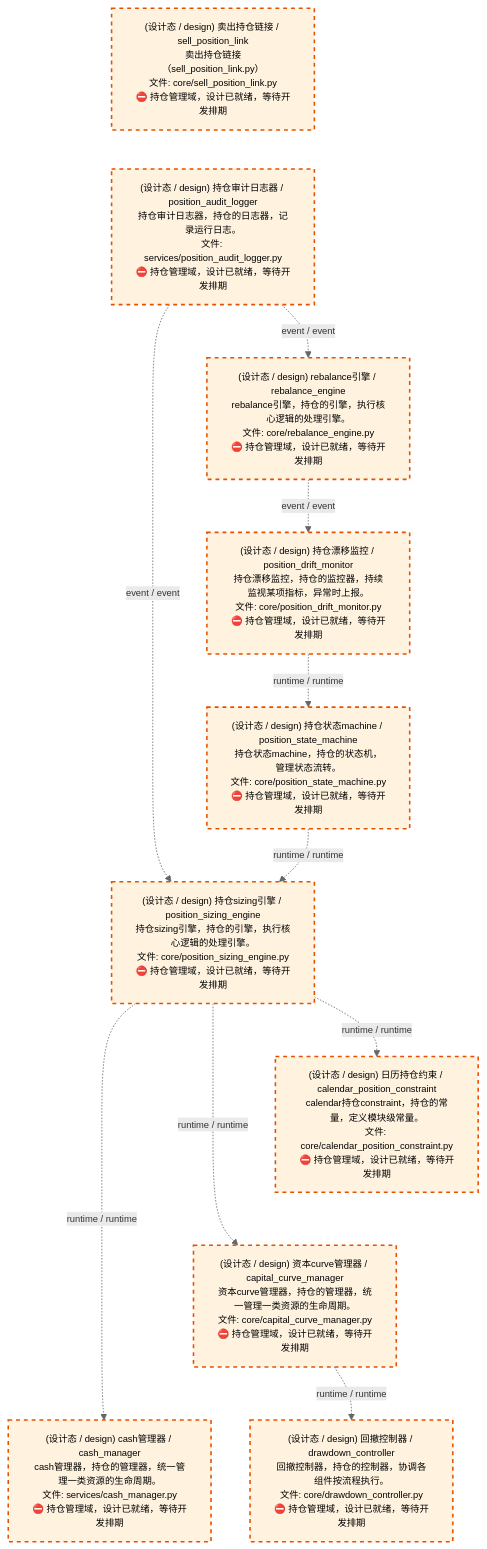
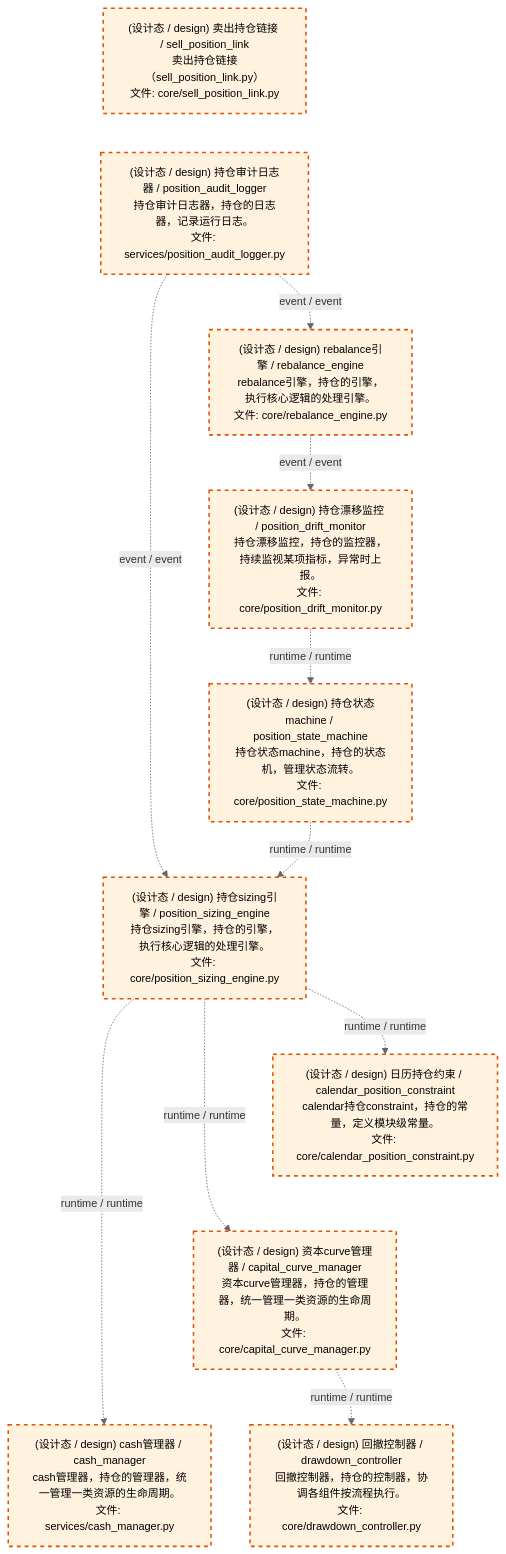
One commit to xuanFelixVan/ZephyrAlpha changed the third of 4 diagrams in docs/02_enterprise_architecture/02_domain_architecture_docs/64_d_position.md. Above: the diagram before and after it, drawn with Mermaid. The commit also changed other lines of this file and 61 other files, not shown here.

````diff
--- a/docs/02_enterprise_architecture/02_domain_architecture_docs/64_d_position.md
+++ b/docs/02_enterprise_architecture/02_domain_architecture_docs/64_d_position.md
@@ -116,31 +116,31 @@
 ```mermaid
-%%{init: {'theme': 'base', 'themeVariables': {'primaryColor': '#eaeaea', 'primaryTextColor': '#333333', 'primaryBorderColor': '#666666', 'lineColor': '#666666', 'secondaryColor': '#eaeaea', 'tertiaryColor': '#eaeaea', 'fontSize': '12px'}}}%%
+%%{init: {'theme': 'base', 'themeVariables': {'primaryColor': '#eaeaea', 'primaryTextColor': '#333333', 'primaryBorderColor': '#666666', 'lineColor': '#666666', 'secondaryColor': '#eaeaea', 'tertiaryColor': '#eaeaea', 'fontSize': '14px'}}}%%
 flowchart TD
-    src_zephyr_position_core_sell_position_link_py["(设计态 / design) 卖出持仓链接 / sell_position_link<br/>卖出持仓链接（sell_position_link.py）<br/>文件: core/sell_position_link.py<br/>⛔ 持仓管理域，设计已就绪，等待开发排期"]
-    src_zephyr_position_services_position_audit_logger_py["(设计态 / design) 持仓审计日志器 / position_audit_logger<br/>持仓审计日志器，持仓的日志器，记录运行日志。<br/>文件: services/position_audit_logger.py<br/>⛔ 持仓管理域，设计已就绪，等待开发排期"]
+    src_zephyr_position_core_sell_position_link_py["(设计态 / design) 卖出持仓链接 / sell_position_link<br/>卖出持仓链接（sell_position_link.py）<br/>文件: core/sell_position_link.py"]
+    src_zephyr_position_services_position_audit_logger_py["(设计态 / design) 持仓审计日志器 / position_audit_logger<br/>持仓审计日志器，持仓的日志器，记录运行日志。<br/>文件: services/position_audit_logger.py"]
     src_zephyr_position_core_sell_position_link_py ~~~ src_zephyr_position_services_position_audit_logger_py
-    src_zephyr_position_core_rebalance_engine_py["(设计态 / design) rebalance引擎 / rebalance_engine<br/>rebalance引擎，持仓的引擎，执行核心逻辑的处理引擎。<br/>文件: core/rebalance_engine.py<br/>⛔ 持仓管理域，设计已就绪，等待开发排期"]
-    src_zephyr_position_core_position_drift_monitor_py["(设计态 / design) 持仓漂移监控 / position_drift_monitor<br/>持仓漂移监控，持仓的监控器，持续监视某项指标，异常时上报。<br/>文件: core/position_drift_monitor.py<br/>⛔ 持仓管理域，设计已就绪，等待开发排期"]
-    src_zephyr_position_core_position_state_machine_py["(设计态 / design) 持仓状态machine / position_state_machine<br/>持仓状态machine，持仓的状态机，管理状态流转。<br/>文件: core/position_state_machine.py<br/>⛔ 持仓管理域，设计已就绪，等待开发排期"]
-    src_zephyr_position_core_position_sizing_engine_py["(设计态 / design) 持仓sizing引擎 / position_sizing_engine<br/>持仓sizing引擎，持仓的引擎，执行核心逻辑的处理引擎。<br/>文件: core/position_sizing_engine.py<br/>⛔ 持仓管理域，设计已就绪，等待开发排期"]
-    src_zephyr_position_core_calendar_position_constraint_py["(设计态 / design) 日历持仓约束 / calendar_position_constraint<br/>calendar持仓constraint，持仓的常量，定义模块级常量。<br/>文件: core/calendar_position_constraint.py<br/>⛔ 持仓管理域，设计已就绪，等待开发排期"]
-    src_zephyr_position_core_capital_curve_manager_py["(设计态 / design) 资本curve管理器 / capital_curve_manager<br/>资本curve管理器，持仓的管理器，统一管理一类资源的生命周期。<br/>文件: core/capital_curve_manager.py<br/>⛔ 持仓管理域，设计已就绪，等待开发排期"]
-    src_zephyr_position_services_cash_manager_py["(设计态 / design) cash管理器 / cash_manager<br/>cash管理器，持仓的管理器，统一管理一类资源的生命周期。<br/>文件: services/cash_manager.py<br/>⛔ 持仓管理域，设计已就绪，等待开发排期"]
+    src_zephyr_position_core_rebalance_engine_py["(设计态 / design) rebalance引擎 / rebalance_engine<br/>rebalance引擎，持仓的引擎，执行核心逻辑的处理引擎。<br/>文件: core/rebalance_engine.py"]
+    src_zephyr_position_core_position_drift_monitor_py["(设计态 / design) 持仓漂移监控 / position_drift_monitor<br/>持仓漂移监控，持仓的监控器，持续监视某项指标，异常时上报。<br/>文件: core/position_drift_monitor.py"]
+    src_zephyr_position_core_position_state_machine_py["(设计态 / design) 持仓状态machine / position_state_machine<br/>持仓状态machine，持仓的状态机，管理状态流转。<br/>文件: core/position_state_machine.py"]
+    src_zephyr_position_core_position_sizing_engine_py["(设计态 / design) 持仓sizing引擎 / position_sizing_engine<br/>持仓sizing引擎，持仓的引擎，执行核心逻辑的处理引擎。<br/>文件: core/position_sizing_engine.py"]
+    src_zephyr_position_core_calendar_position_constraint_py["(设计态 / design) 日历持仓约束 / calendar_position_constraint<br/>calendar持仓constraint，持仓的常量，定义模块级常量。<br/>文件: core/calendar_position_constraint.py"]
+    src_zephyr_position_core_capital_curve_manager_py["(设计态 / design) 资本curve管理器 / capital_curve_manager<br/>资本curve管理器，持仓的管理器，统一管理一类资源的生命周期。<br/>文件: core/capital_curve_manager.py"]
+    src_zephyr_position_services_cash_manager_py["(设计态 / design) cash管理器 / cash_manager<br/>cash管理器，持仓的管理器，统一管理一类资源的生命周期。<br/>文件: services/cash_manager.py"]
     src_zephyr_position_core_calendar_position_constraint_py ~~~ src_zephyr_position_core_capital_curve_manager_py
     src_zephyr_position_core_capital_curve_manager_py ~~~ src_zephyr_position_services_cash_manager_py
-    src_zephyr_position_core_drawdown_controller_py["(设计态 / design) 回撤控制器 / drawdown_controller<br/>回撤控制器，持仓的控制器，协调各组件按流程执行。<br/>文件: core/drawdown_controller.py<br/>⛔ 持仓管理域，设计已就绪，等待开发排期"]
+    src_zephyr_position_core_drawdown_controller_py["(设计态 / design) 回撤控制器 / drawdown_controller<br/>回撤控制器，持仓的控制器，协调各组件按流程执行。<br/>文件: core/drawdown_controller.py"]
     src_zephyr_position_core_position_sizing_engine_py -.->|runtime / runtime| src_zephyr_position_services_cash_manager_py
     src_zephyr_position_core_position_sizing_engine_py -.->|runtime / runtime| src_zephyr_position_core_capital_curve_manager_py
     src_zephyr_position_core_position_sizing_engine_py -.->|runtime / runtime| src_zephyr_position_core_calendar_position_constraint_py
     src_zephyr_position_core_position_state_machine_py -.->|runtime / runtime| src_zephyr_position_core_position_sizing_engine_py
     src_zephyr_position_core_position_drift_monitor_py -.->|runtime / runtime| src_zephyr_position_core_position_state_machine_py
     src_zephyr_position_core_rebalance_engine_py -.->|event / event| src_zephyr_position_core_position_drift_monitor_py
     src_zephyr_position_core_capital_curve_manager_py -.->|runtime / runtime| src_zephyr_position_core_drawdown_controller_py
     src_zephyr_position_services_position_audit_logger_py -.->|event / event| src_zephyr_position_core_position_sizing_engine_py
     src_zephyr_position_services_position_audit_logger_py -.->|event / event| src_zephyr_position_core_rebalance_engine_py
     classDef production fill:#e1f5fe,stroke:#01579b,stroke-width:2px,color:#000
     classDef design fill:#fff3e0,stroke:#e65100,stroke-width:2px,color:#000,stroke-dasharray: 5 5
     classDef external_prod fill:#e8f4fd,stroke:#0277bd,stroke-width:1px,color:#000
     classDef external_design fill:#fff8e7,stroke:#ef6c00,stroke-width:1px,color:#000,stroke-dasharray: 5 5
     class src_zephyr_position_core_calendar_position_constraint_py,src_zephyr_position_core_capital_curve_manager_py,src_zephyr_position_core_drawdown_controller_py,src_zephyr_position_core_position_drift_monitor_py,src_zephyr_position_core_position_sizing_engine_py,src_zephyr_position_core_position_state_machine_py,src_zephyr_position_core_rebalance_engine_py,src_zephyr_position_core_sell_position_link_py,src_zephyr_position_services_cash_manager_py,src_zephyr_position_services_position_audit_logger_py design
 ```
````
